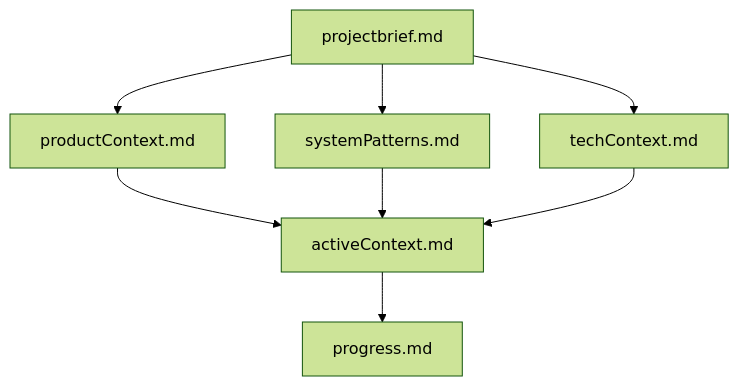
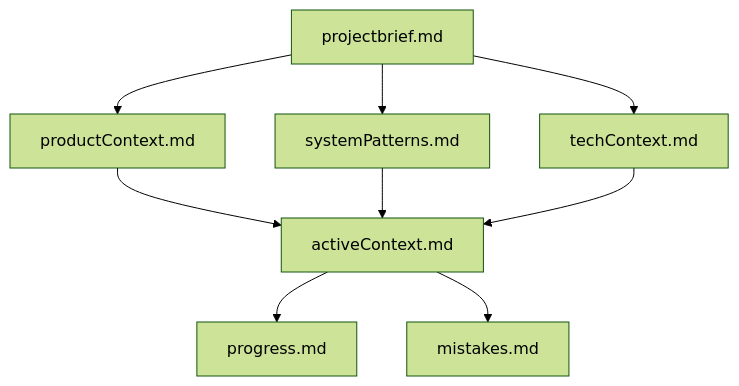
The diagram in windsurf/global_rules.md (Gaurav-Wankhede/AegisIDE), drawn with Mermaid (forest theme) before and after one commit. The commit also changed other lines of this file and 13 other files, not shown here.

````diff
--- a/windsurf/global_rules.md
+++ b/windsurf/global_rules.md
@@ -21,12 +36,13 @@
 ```mermaid
 flowchart TD
     PB[projectbrief.md] --> PC[productContext.md]
     PB --> SP[systemPatterns.md]
     PB --> TC[techContext.md]
     
     PC --> AC[activeContext.md]
     SP --> AC
     TC --> AC
     
     AC --> P[progress.md]
+    AC --> M[mistakes.md]
 ```
````
